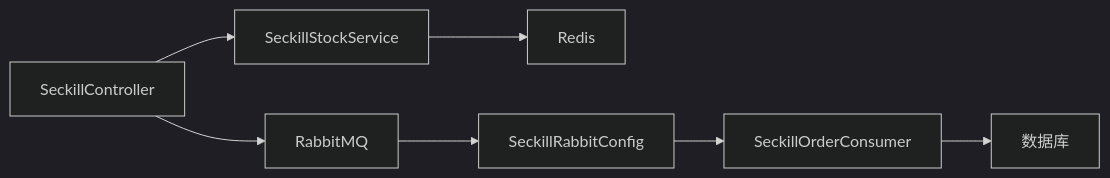
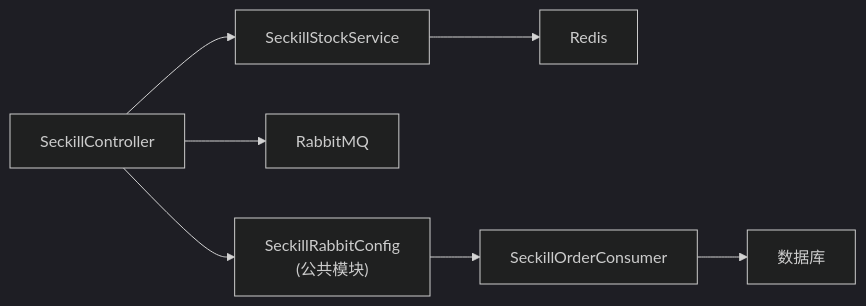
Before and after one commit to haohailiang/qoder-fullstack: the seventh of 8 diagrams in .qoder/repowiki/zh/content/后端架构设计/商品服务/秒杀库存管理.md, drawn with Mermaid (dark theme). The commit also changed other lines of this file and 36 other files, not shown here.

````diff
--- a/.qoder/repowiki/zh/content/后端架构设计/商品服务/秒杀库存管理.md
+++ b/.qoder/repowiki/zh/content/后端架构设计/商品服务/秒杀库存管理.md
@@ -289,9 +307,9 @@
 ```mermaid
 graph LR
 SC["SeckillController"] --> SSS["SeckillStockService"]
 SSS --> REDIS["Redis"]
 SC --> MQ["RabbitMQ"]
-MQ --> SRC["SeckillRabbitConfig"]
+SC --> SRC["SeckillRabbitConfig<br/>(公共模块)"]
 SRC --> SOC["SeckillOrderConsumer"]
 SOC --> DB["数据库"]
 ```
````
